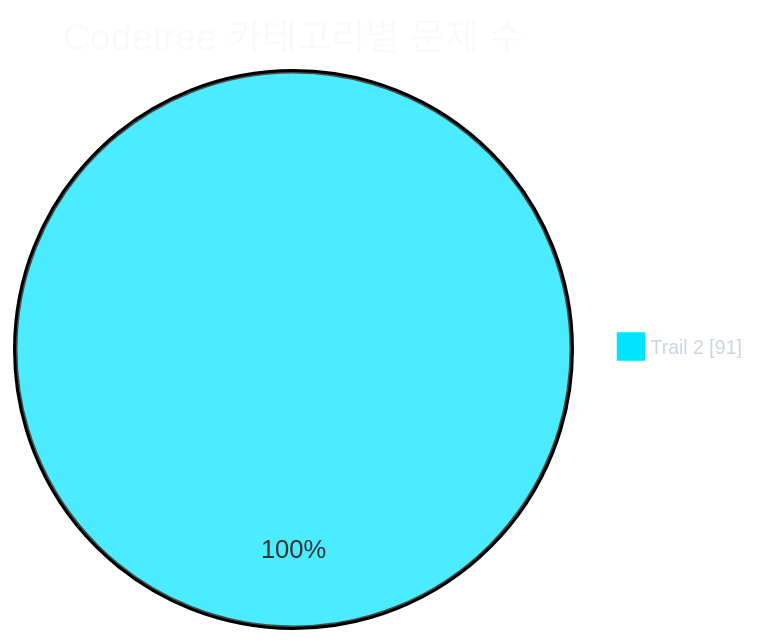
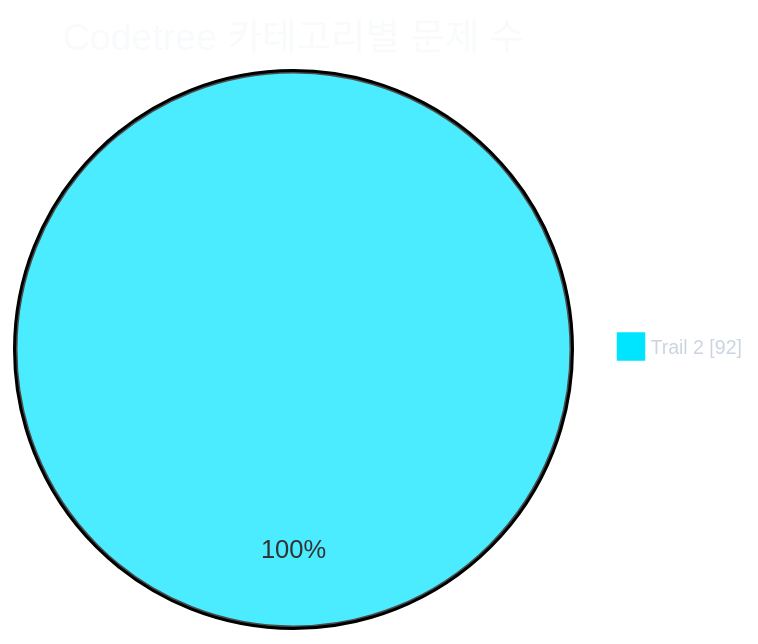
One commit to CHOOSLA/Algorithm changed the first of 2 diagrams in readme.md. Above: the diagram before and after it, drawn with Mermaid. The commit also changed other lines of this file and 2 other files, not shown here.

````diff
--- a/readme.md
+++ b/readme.md
@@ -31,21 +31,21 @@
 ```mermaid
 ---
 config:
   theme: base
   themeVariables:
     background: '#0d1117'
     pieTitleTextColor: '#f8fafc'
     pieLegendTextColor: '#cbd5e1'
     pieLegendTextSize: '13px'
     pie1: '#00e5ff'
     pie2: '#22c55e'
     pie3: '#f59e0b'
     pie4: '#a855f7'
     pie5: '#ec4899'
     pie6: '#3b82f6'
     pie7: '#64748b'
 ---
 pie showData
   title Codetree 카테고리별 문제 수
-  "Trail 2" : 91
+  "Trail 2" : 92
 ```
````
